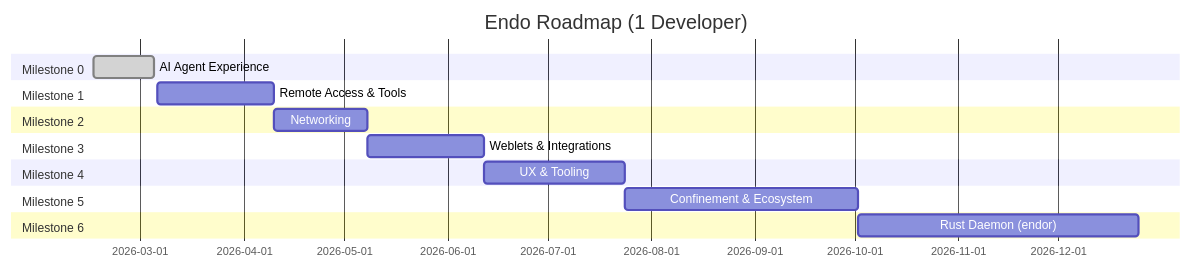
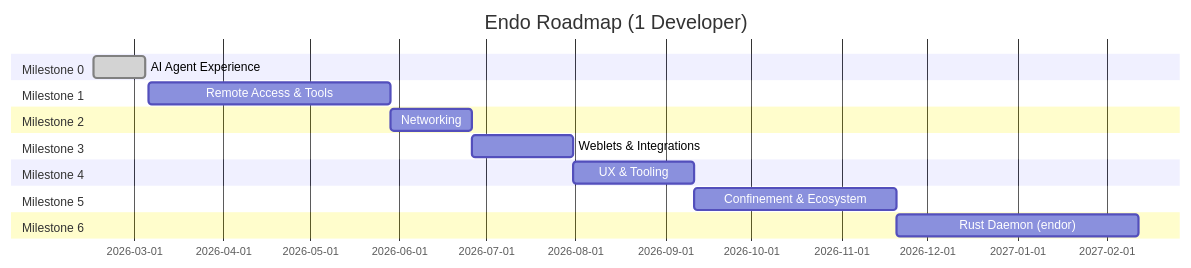
The second of 2 diagrams in designs/README.md (jbotson/endo-but-for-bots), drawn with Mermaid before and after one commit. The commit also changed other lines of this file, not shown here.

First line of the commit message:
docs(designs): groom roadmap — 2026-05-14 recalibration, M1 raise of endo-gateway, status updates

````diff
--- a/designs/README.md
+++ b/designs/README.md
@@ -686,26 +717,26 @@
 ```mermaid
 gantt
     title Endo Roadmap (1 Developer)
     dateFormat YYYY-MM-DD
 
     section Milestone 0
     AI Agent Experience           :done, m0, 2026-02-15, 2026-03-05
 
     section Milestone 1
-    Remote Access & Tools         :m1, 2026-03-06, 5w
+    Remote Access & Tools         :m1, 2026-03-06, 12w
 
     section Milestone 2
     Networking                    :m2, after m1, 4w
 
     section Milestone 3
     Weblets & Integrations        :m3, after m2, 5w
 
     section Milestone 4
     UX & Tooling                  :m4, after m3, 6w
 
     section Milestone 5
     Confinement & Ecosystem       :m5, after m4, 10w
 
     section Milestone 6
     Rust Daemon (endor)           :m6, after m5, 12w
 ```
````
